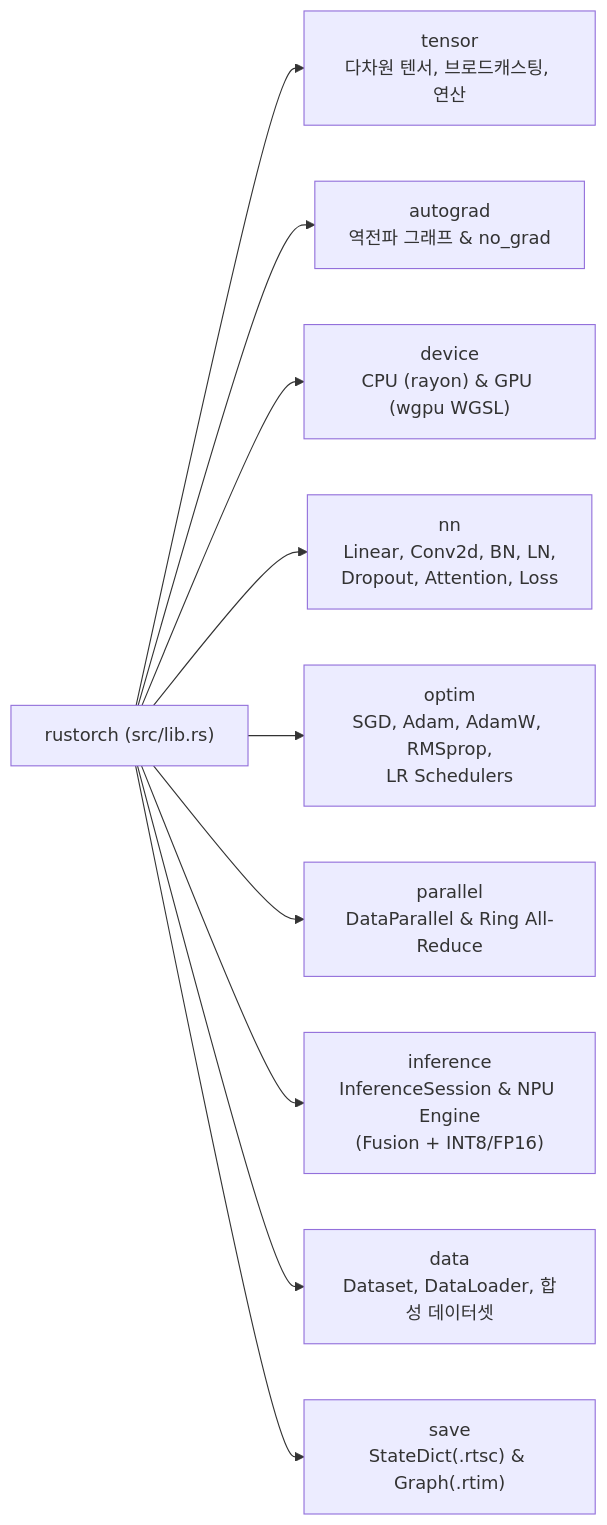
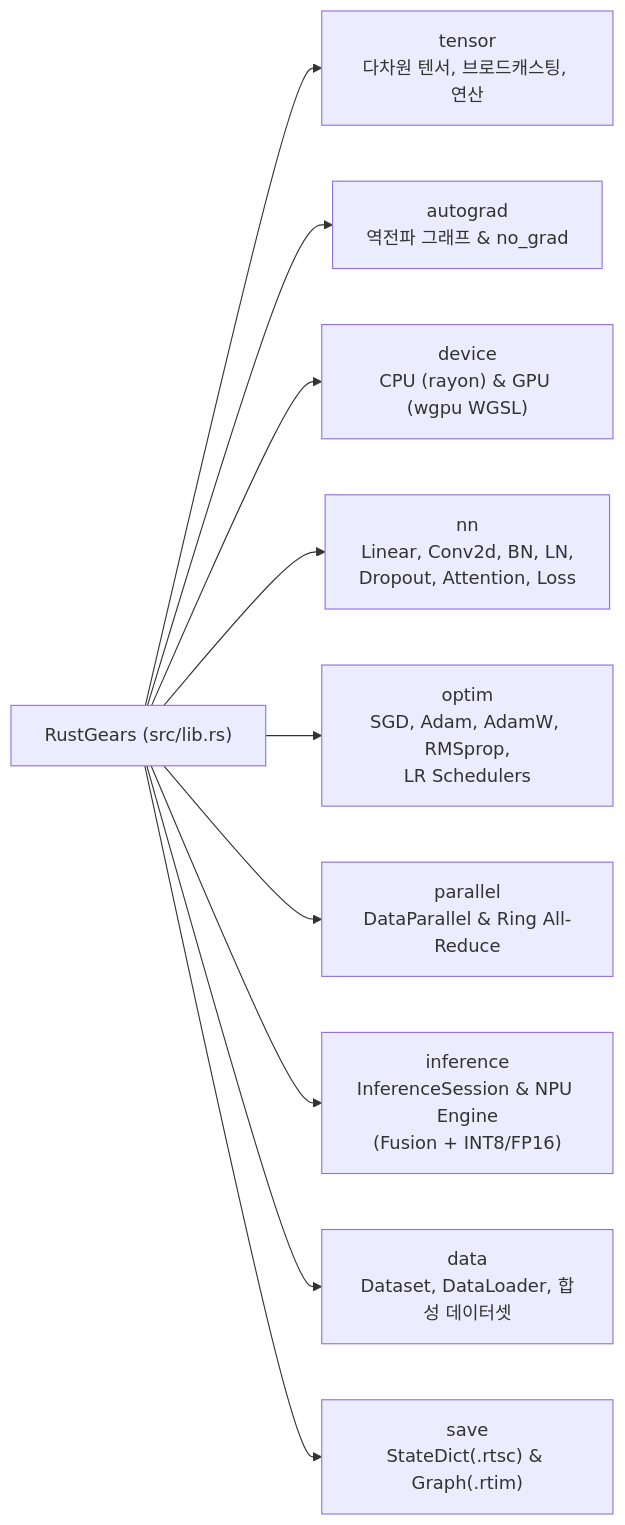
Before and after one commit to elandice/RustGears: the first of 5 diagrams in docs/USAGE.md, drawn with Mermaid. The commit also changed other lines of this file and 19 other files, not shown here.

Commit message:
refactor: 프로젝트 및 크레이트 이름을 RustGears(rustgears)로 변경

````diff
--- a/docs/USAGE.md
+++ b/docs/USAGE.md
@@ -21,12 +21,12 @@
 ```mermaid
 graph LR
-    LIB["rustorch (src/lib.rs)"] --> TENSOR["tensor\n다차원 텐서, 브로드캐스팅, 연산"]
+    LIB["RustGears (src/lib.rs)"] --> TENSOR["tensor\n다차원 텐서, 브로드캐스팅, 연산"]
     LIB --> AUTO["autograd\n역전파 그래프 & no_grad"]
     LIB --> DEV["device\nCPU (rayon) & GPU (wgpu WGSL)"]
     LIB --> NN["nn\nLinear, Conv2d, BN, LN,\nDropout, Attention, Loss"]
     LIB --> OPT["optim\nSGD, Adam, AdamW, RMSprop,\nLR Schedulers"]
     LIB --> PAR["parallel\nDataParallel & Ring All-Reduce"]
     LIB --> INF["inference\nInferenceSession & NPU Engine\n(Fusion + INT8/FP16)"]
     LIB --> DATA["data\nDataset, DataLoader, 합성 데이터셋"]
     LIB --> SAVE["save\nStateDict(.rtsc) & Graph(.rtim)"]
 ```
````
